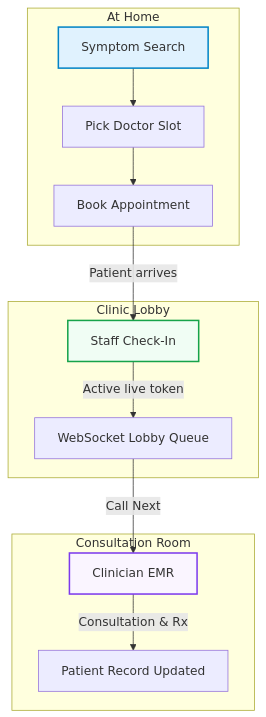
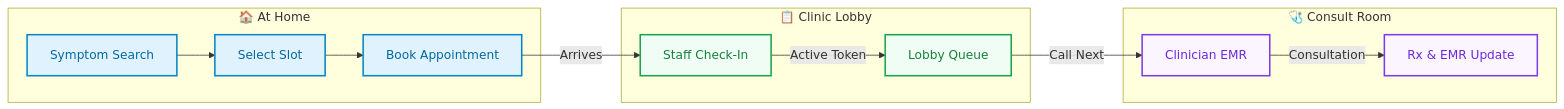
Before and after one commit to Mayankb125/Aarogya: the diagram in README.md, drawn with Mermaid.

Commit message:
Optimize workflow diagram styles for GitHub Light/Dark modes

````diff
--- a/README.md
+++ b/README.md
@@ -16,17 +16,24 @@
 ```mermaid
-flowchart TD
-    subgraph At Home
-    A["Symptom Search"] --> B["Pick Doctor Slot"] --> C["Book Appointment"]
+flowchart LR
+    subgraph Home ["🏠 At Home"]
+    A["Symptom Search"] --> B["Select Slot"] --> C["Book Appointment"]
     end
-    subgraph Clinic Lobby
-    C -->|Patient arrives| D["Staff Check-In"]
-    D -->|Active live token| E["WebSocket Lobby Queue"]
+    subgraph Lobby ["📋 Clinic Lobby"]
+    C -->|Arrives| D["Staff Check-In"]
+    D -->|Active Token| E["Lobby Queue"]
     end
-    subgraph Consultation Room
+    subgraph Room ["🩺 Consult Room"]
     E -->|Call Next| F["Clinician EMR"]
-    F -->|Consultation & Rx| G["Patient Record Updated"]
+    F -->|Consultation| G["Rx & EMR Update"]
     end
-    style A fill:#e0f2fe,stroke:#0284c7,stroke-width:2px
-    style D fill:#f0fdf4,stroke:#16a34a,stroke-width:2px
-    style F fill:#faf5ff,stroke:#7c3aed,stroke-width:2px
+
+    style A fill:#e0f2fe,stroke:#0284c7,stroke-width:2px,color:#0369a1
+    style B fill:#e0f2fe,stroke:#0284c7,stroke-width:2px,color:#0369a1
+    style C fill:#e0f2fe,stroke:#0284c7,stroke-width:2px,color:#0369a1
+    
+    style D fill:#f0fdf4,stroke:#16a34a,stroke-width:2px,color:#15803d
+    style E fill:#f0fdf4,stroke:#16a34a,stroke-width:2px,color:#15803d
+    
+    style F fill:#faf5ff,stroke:#7c3aed,stroke-width:2px,color:#6d28d9
+    style G fill:#faf5ff,stroke:#7c3aed,stroke-width:2px,color:#6d28d9
 ```
````
